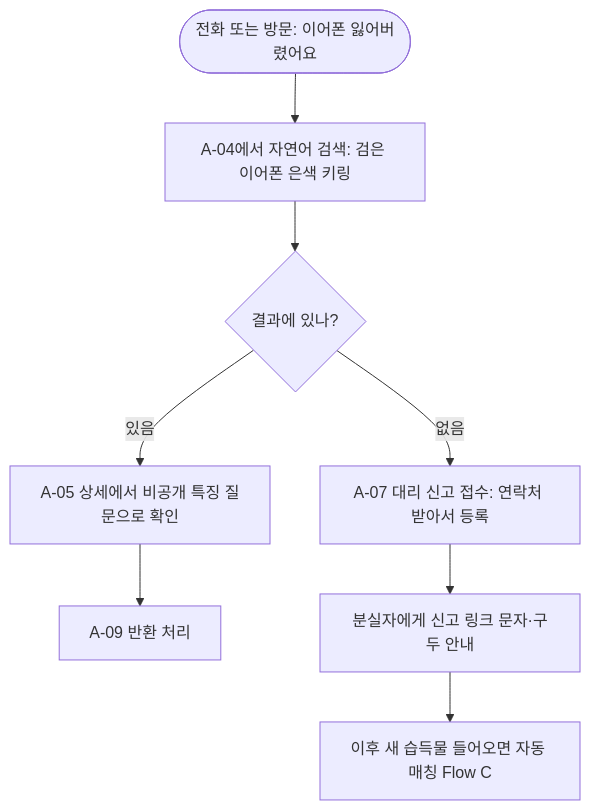
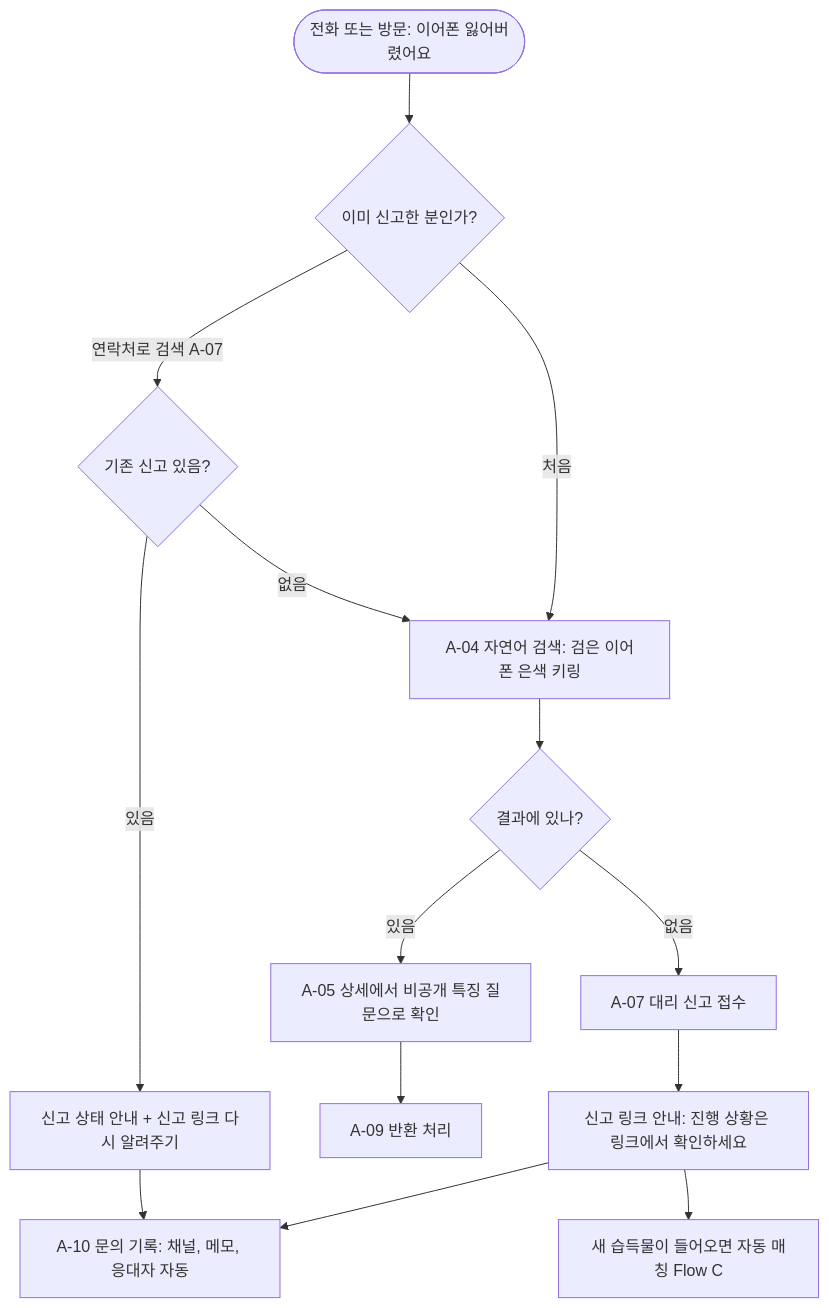
The eighth of 13 diagrams in docs/02-user-flows.md (wjddns0122/itsme), drawn with Mermaid before and after one commit. The commit also changed other lines of this file and 14 other files, not shown here.

````diff
--- a/docs/02-user-flows.md
+++ b/docs/02-user-flows.md
@@ -166,10 +199,16 @@
 ```mermaid
 flowchart TD
-    F0(["전화 또는 방문: 이어폰 잃어버렸어요"]) --> F1["A-04에서 자연어 검색: 검은 이어폰 은색 키링"]
-    F1 --> F2{"결과에 있나?"}
-    F2 -->|"있음"| F3["A-05 상세에서 비공개 특징 질문으로 확인"]
-    F3 --> F4["A-09 반환 처리"]
-    F2 -->|"없음"| F5["A-07 대리 신고 접수: 연락처 받아서 등록"]
-    F5 --> F6["분실자에게 신고 링크 문자·구두 안내"]
-    F6 --> F7["이후 새 습득물 들어오면 자동 매칭 Flow C"]
+    F0(["전화 또는 방문: 이어폰 잃어버렸어요"]) --> F1{"이미 신고한 분인가?"}
+    F1 -->|"연락처로 검색 A-07"| F2{"기존 신고 있음?"}
+    F2 -->|"있음"| F3["신고 상태 안내 + 신고 링크 다시 알려주기"]
+    F3 --> F4["A-10 문의 기록: 채널, 메모, 응대자 자동"]
+    F2 -->|"없음"| F5["A-04 자연어 검색: 검은 이어폰 은색 키링"]
+    F1 -->|"처음"| F5
+    F5 --> F6{"결과에 있나?"}
+    F6 -->|"있음"| F7["A-05 상세에서 비공개 특징 질문으로 확인"]
+    F7 --> F8["A-09 반환 처리"]
+    F6 -->|"없음"| F9["A-07 대리 신고 접수"]
+    F9 --> F10["신고 링크 안내: 진행 상황은 링크에서 확인하세요"]
+    F10 --> F4
+    F10 --> F11["새 습득물이 들어오면 자동 매칭 Flow C"]
 ```
````
